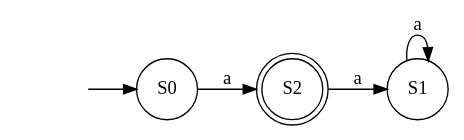
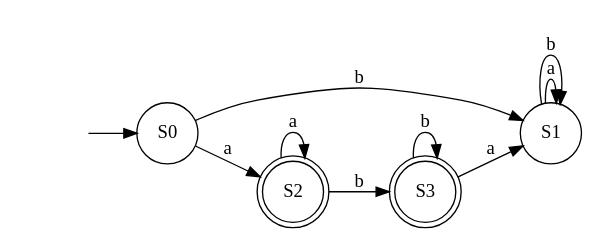
The diagram in lab2/sub.dot (konstantin2506/automata_theory), drawn with Graphviz before and after one commit. The commit also changed 10 other files, not shown here.

```diff
--- a/lab2/sub.dot
+++ b/lab2/sub.dot
@@ -1,15 +1,21 @@
 digraph DFA {
     rankdir=LR;
 
     start [shape=none, label=""];
 
     0 [label="S0", shape=circle];
     1 [label="S1", shape=circle];
     2 [label="S2", shape=doublecircle];
+    3 [label="S3", shape=doublecircle];
 
     start -> 0;
 
     0 -> 2 [label="a"];
+    0 -> 1 [label="b"];
     1 -> 1 [label="a"];
-    2 -> 1 [label="a"];
+    1 -> 1 [label="b"];
+    2 -> 2 [label="a"];
+    2 -> 3 [label="b"];
+    3 -> 1 [label="a"];
+    3 -> 3 [label="b"];
 }
```
